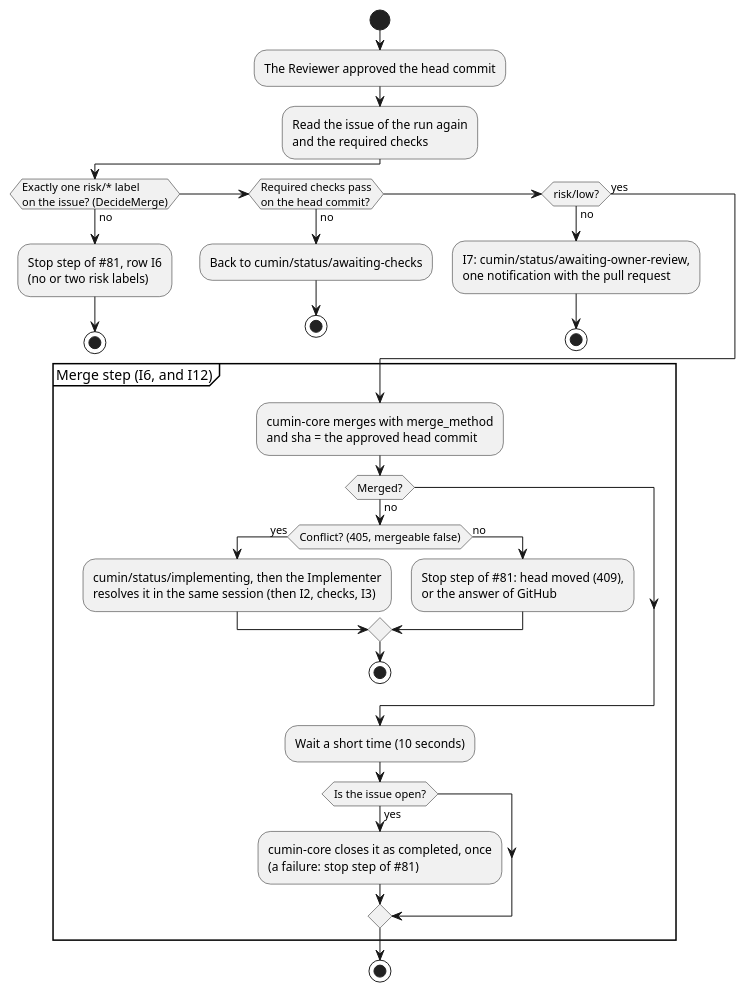
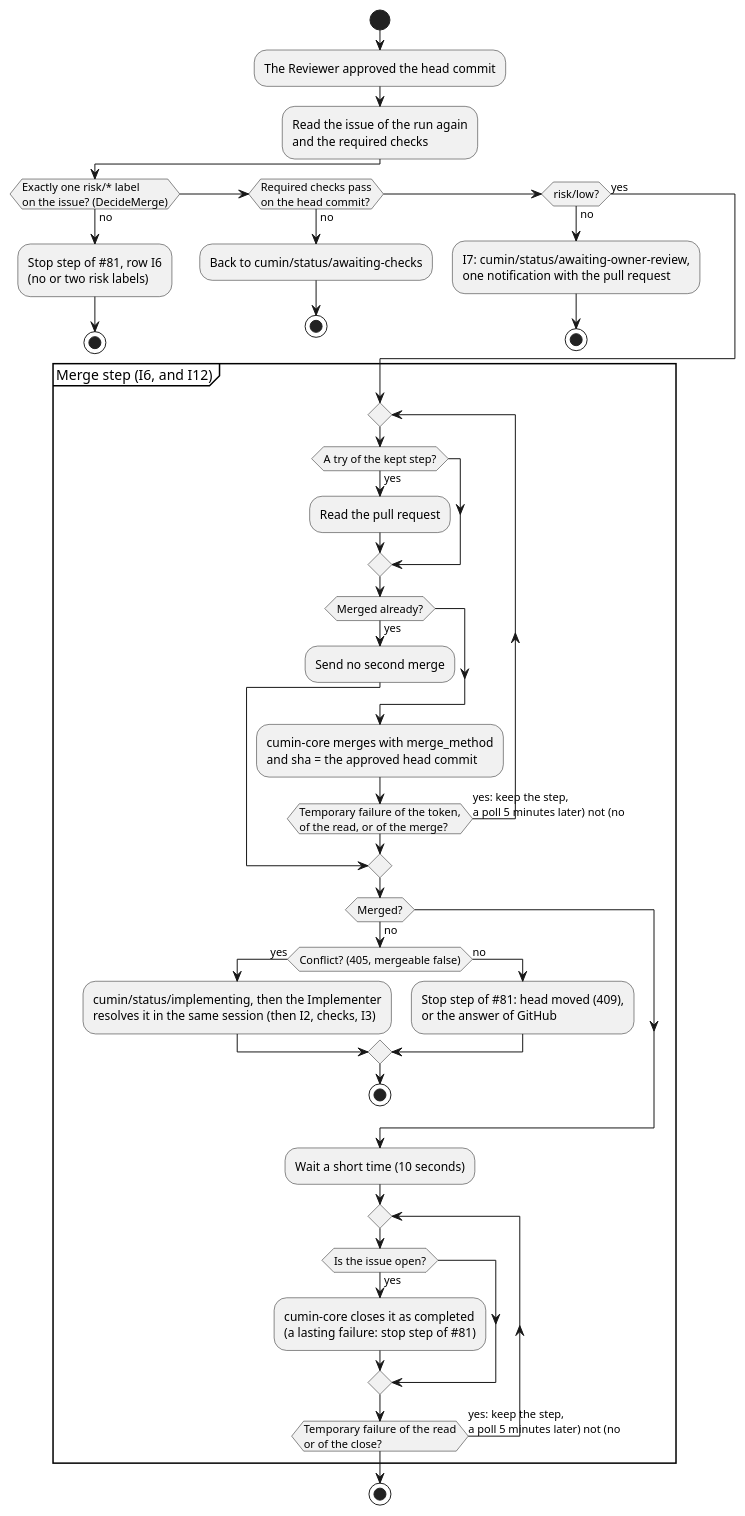
Before and after one commit to cloveclovedev/cumin-works: the diagram in docs/ja/designs/poll-merge.puml, drawn with PlantUML. The commit also changed 3 other files, not shown here.

Commit message:
docs(designs): describe the kept merge step

```diff
--- a/docs/ja/designs/poll-merge.puml
+++ b/docs/ja/designs/poll-merge.puml
@@ -1,47 +1,62 @@
 @startuml poll-merge
 ' cumin works - the approved pull request (I6, I7) and the merge step that I12 reuses.
 ' Document: poll.md, section on the merge step.
 ' Render: run scripts/render-diagrams.sh at the root of the repository.
 skinparam shadowing false
 skinparam defaultFontName sans-serif
 
 start
 :The Reviewer approved the head commit;
 :Read the issue of the run again
 and the required checks;
 if (Exactly one risk/* label
 on the issue? (DecideMerge)) then (no)
   :Stop step of #81, row I6
   (no or two risk labels);
   stop
 elseif (Required checks pass
 on the head commit?) then (no)
   :Back to cumin/status/awaiting-checks;
   stop
 elseif (risk/low?) then (no)
   :I7: cumin/status/awaiting-owner-review,
   one notification with the pull request;
   stop
 else (yes)
 endif
 partition "Merge step (I6, and I12)" {
-  :cumin-core merges with merge_method
-  and sha = the approved head commit;
+  repeat
+    if (A try of the kept step?) then (yes)
+      :Read the pull request;
+    endif
+    if (Merged already?) then (yes)
+      :Send no second merge;
+      break
+    endif
+    :cumin-core merges with merge_method
+    and sha = the approved head commit;
+  repeat while (Temporary failure of the token,
+of the read, or of the merge?) is (yes: keep the step,
+a poll 5 minutes later) not (no)
   if (Merged?) then (no)
     if (Conflict? (405, mergeable false)) then (yes)
       :cumin/status/implementing, then the Implementer
       resolves it in the same session (then I2, checks, I3);
     else (no)
       :Stop step of #81: head moved (409),
       or the answer of GitHub;
     endif
     stop
   endif
   :Wait a short time (10 seconds);
-  if (Is the issue open?) then (yes)
-    :cumin-core closes it as completed, once
-    (a failure: stop step of #81);
-  endif
+  repeat
+    if (Is the issue open?) then (yes)
+      :cumin-core closes it as completed
+      (a lasting failure: stop step of #81);
+    endif
+  repeat while (Temporary failure of the read
+or of the close?) is (yes: keep the step,
+a poll 5 minutes later) not (no)
 }
 stop
 @enduml
```
